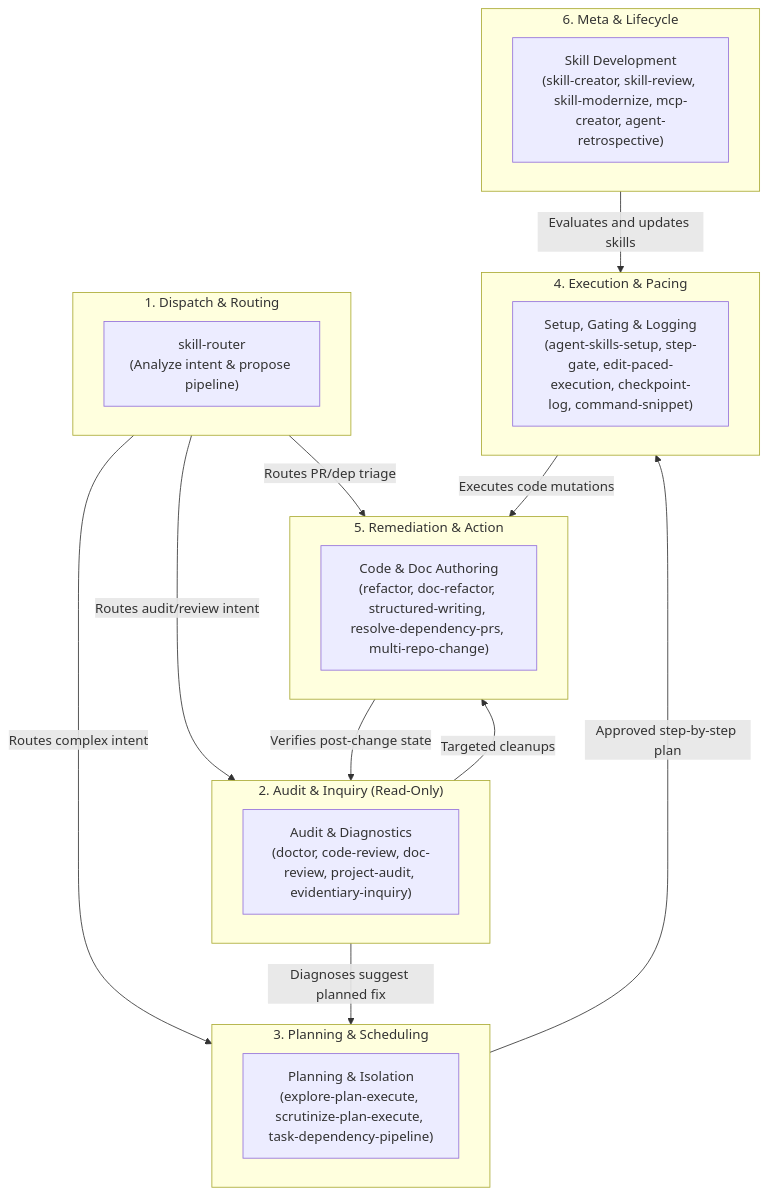
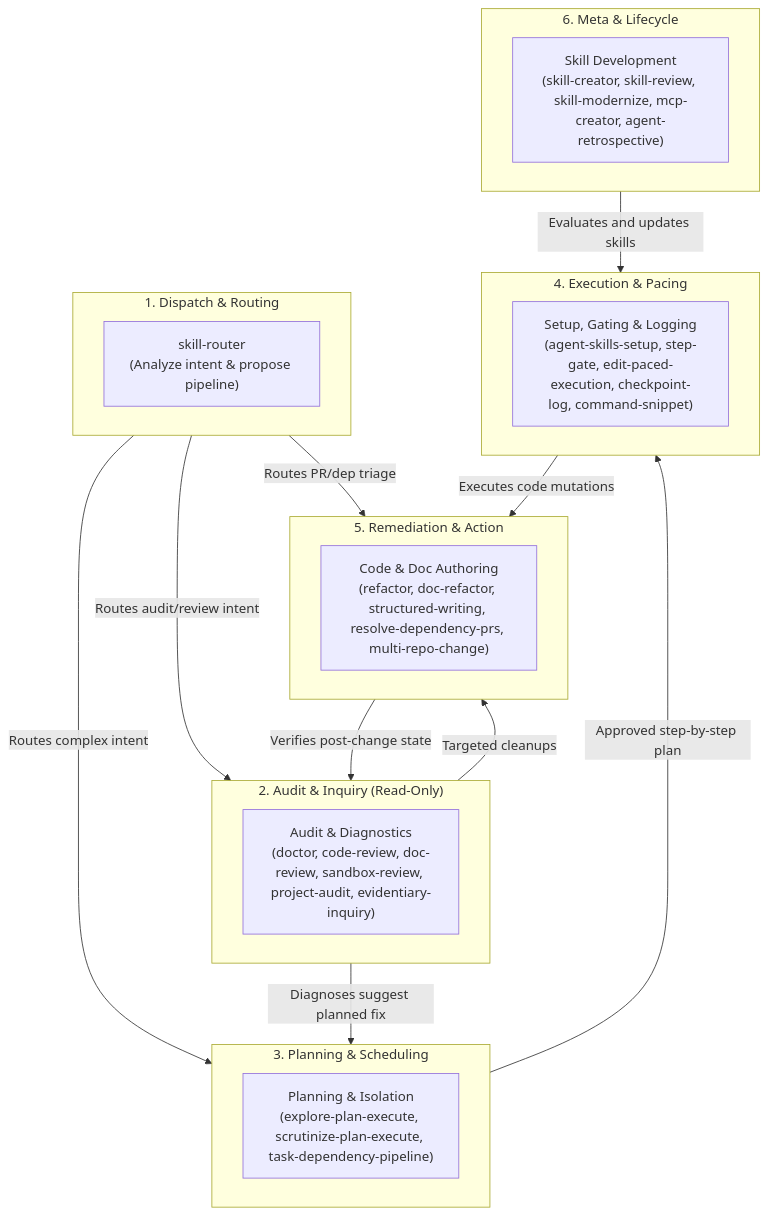
One commit to berquerant/agent-skills changed the first of 5 diagrams in docs/skill-interoperability.md. Above: the diagram before and after it, drawn with Mermaid. The commit also changed other lines of this file and 12 other files, not shown here.

First line of the commit message:
feat(skills): add sandbox-review skill and harness security references (#25)

````diff
--- a/docs/skill-interoperability.md
+++ b/docs/skill-interoperability.md
@@ -13,37 +13,37 @@
 ```mermaid
 flowchart TD
     subgraph Dispatch ["1. Dispatch & Routing"]
         SR["skill-router<br/>(Analyze intent & propose pipeline)"]
     end
 
     subgraph Audit ["2. Audit & Inquiry (Read-Only)"]
-        AUD["Audit & Diagnostics<br/>(doctor, code-review, doc-review, project-audit, evidentiary-inquiry)"]
+        AUD["Audit & Diagnostics<br/>(doctor, code-review, doc-review, sandbox-review, project-audit, evidentiary-inquiry)"]
     end
 
     subgraph Planning ["3. Planning & Scheduling"]
         PLAN["Planning & Isolation<br/>(explore-plan-execute, scrutinize-plan-execute, task-dependency-pipeline)"]
     end
 
     subgraph Execution ["4. Execution & Pacing"]
         EXEC["Setup, Gating & Logging<br/>(agent-skills-setup, step-gate, edit-paced-execution, checkpoint-log, command-snippet)"]
     end
 
     subgraph Remediation ["5. Remediation & Action"]
         REM["Code & Doc Authoring<br/>(refactor, doc-refactor, structured-writing, resolve-dependency-prs, multi-repo-change)"]
     end
 
     subgraph Meta ["6. Meta & Lifecycle"]
         META["Skill Development<br/>(skill-creator, skill-review, skill-modernize, mcp-creator, agent-retrospective)"]
     end
 
     %% High-level hand-offs
     Dispatch -->|"Routes complex intent"| Planning
     Dispatch -->|"Routes audit/review intent"| Audit
     Dispatch -->|"Routes PR/dep triage"| Remediation
     Audit -->|"Diagnoses suggest planned fix"| Planning
     Audit -->|"Targeted cleanups"| Remediation
     Planning -->|"Approved step-by-step plan"| Execution
     Execution -->|"Executes code mutations"| Remediation
     Remediation -->|"Verifies post-change state"| Audit
     Meta -->|"Evaluates and updates skills"| Execution
 ```
````
